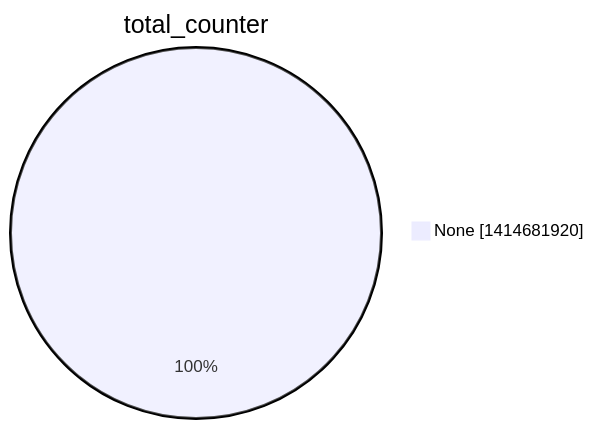
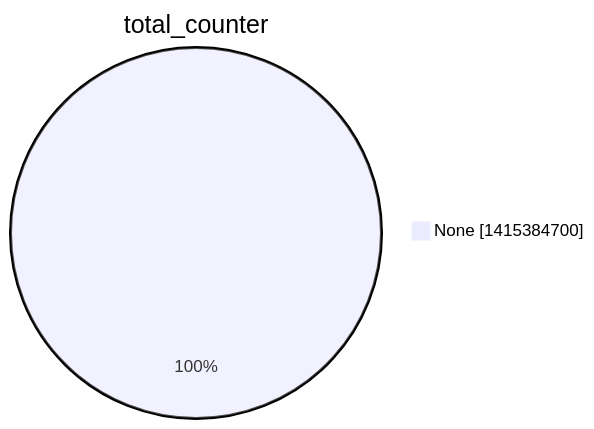
The second of 15 diagrams in argon2022/README.md (christiankrug/ctmonitor_visualization), drawn with Mermaid before and after one commit. The commit also changed other lines of this file, not shown here.

````diff
--- a/argon2022/README.md
+++ b/argon2022/README.md
@@ -9,5 +9,5 @@
 ```mermaid
 pie showData
 title total_counter
-"None" :1414681920
+"None" :1415384700
 ```
````
